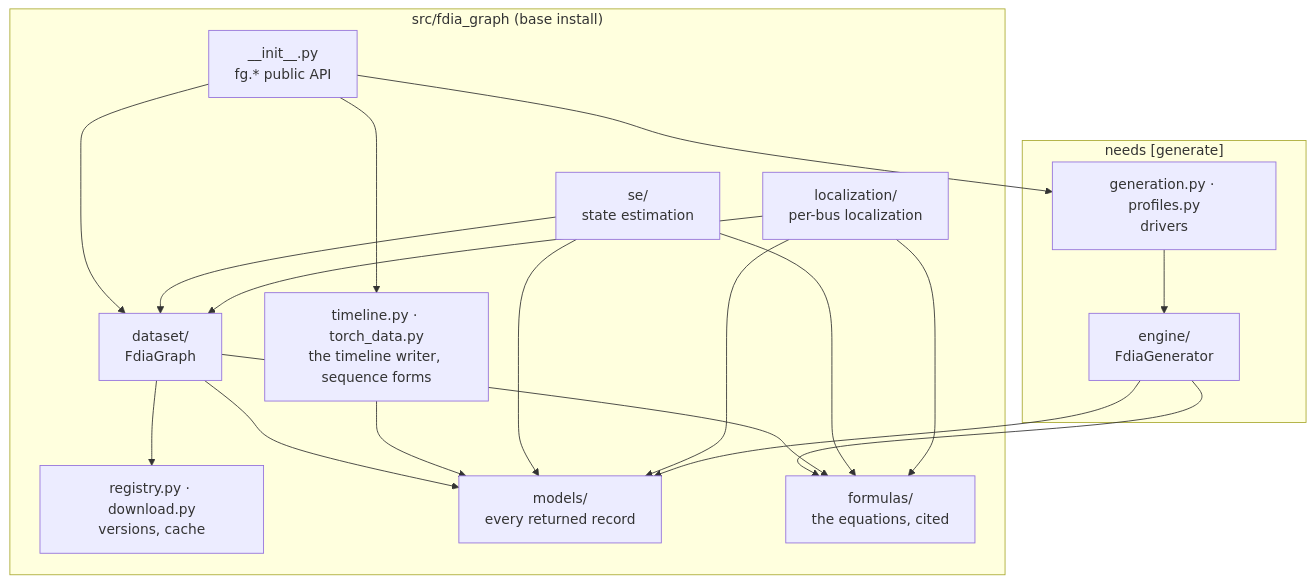
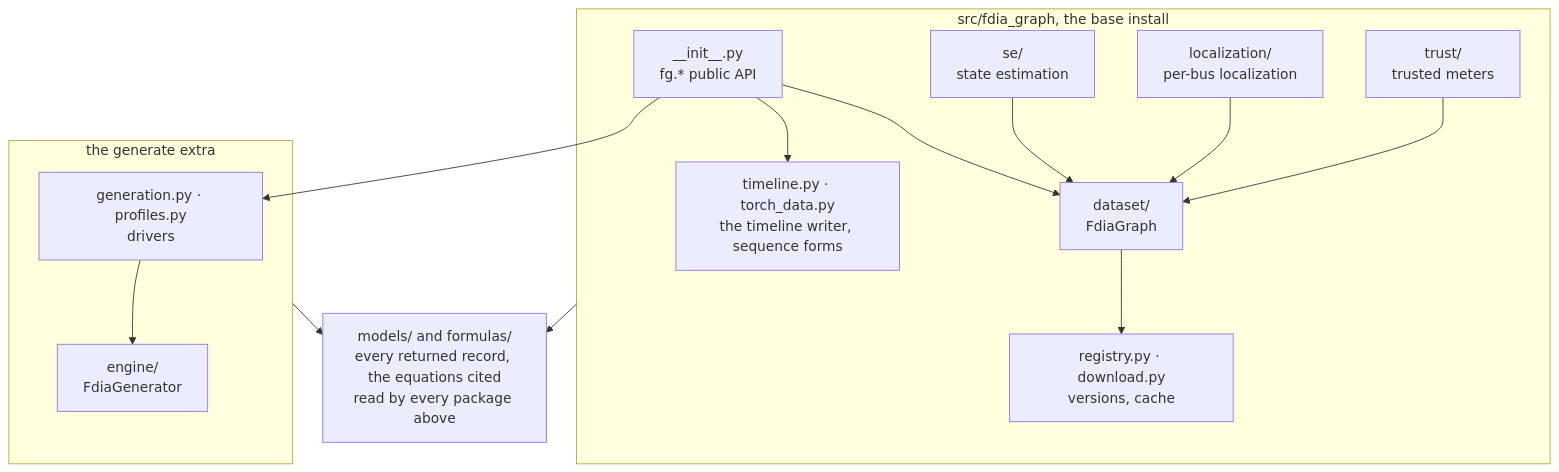
The first of 2 diagrams in docs/ROADMAP.md (myersben9/fdia-graph), drawn with Mermaid before and after one commit. The commit also changed other lines of this file and 5 other files, not shown here.

First line of the commit message:
Docs: redraw the diagrams GitHub lays out badly, concepts page on the attack-vector construction (#107)

````diff
--- a/docs/ROADMAP.md
+++ b/docs/ROADMAP.md
@@ -7,23 +7,27 @@
 ```mermaid
 flowchart TB
-    subgraph SDK["src/fdia_graph (base install)"]
+    subgraph SDK["src/fdia_graph, the base install"]
         init["__init__.py<br/>fg.* public API"]
         ds["dataset/<br/>FdiaGraph"]
+        st["timeline.py · torch_data.py<br/>the timeline writer, sequence forms"]
         reg["registry.py · download.py<br/>versions, cache"]
-        st["timeline.py · torch_data.py<br/>the timeline writer, sequence forms"]
         se["se/<br/>state estimation"]
         loc["localization/<br/>per-bus localization"]
-        models["models/<br/>every returned record"]
-        formulas["formulas/<br/>the equations, cited"]
+        trust["trust/<br/>trusted meters"]
+        init --> ds
+        init --> st
+        ds --> reg
+        se --> ds
+        loc --> ds
+        trust --> ds
     end
-    subgraph GEN["needs [generate]"]
+    subgraph GEN["the generate extra"]
         gen["generation.py · profiles.py<br/>drivers"]
         eng["engine/<br/>FdiaGenerator"]
+        gen --> eng
     end
-    init --> ds & st & gen
-    ds --> reg
-    se & loc --> ds
-    gen --> eng
-    eng & ds & se & loc --> formulas
-    ds & st & se & loc & eng --> models
+    base["models/ and formulas/<br/>every returned record, the equations cited<br/>read by every package above"]
+    init --> gen
+    SDK --> base
+    GEN --> base
 ```
````
